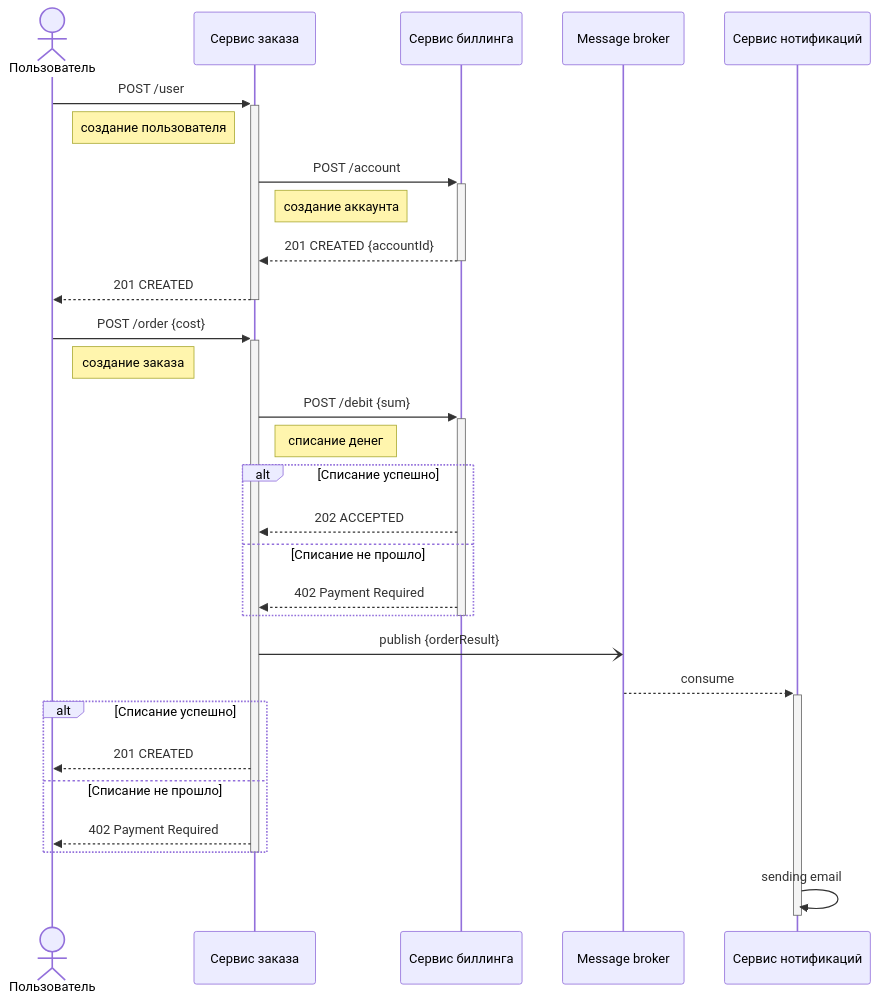
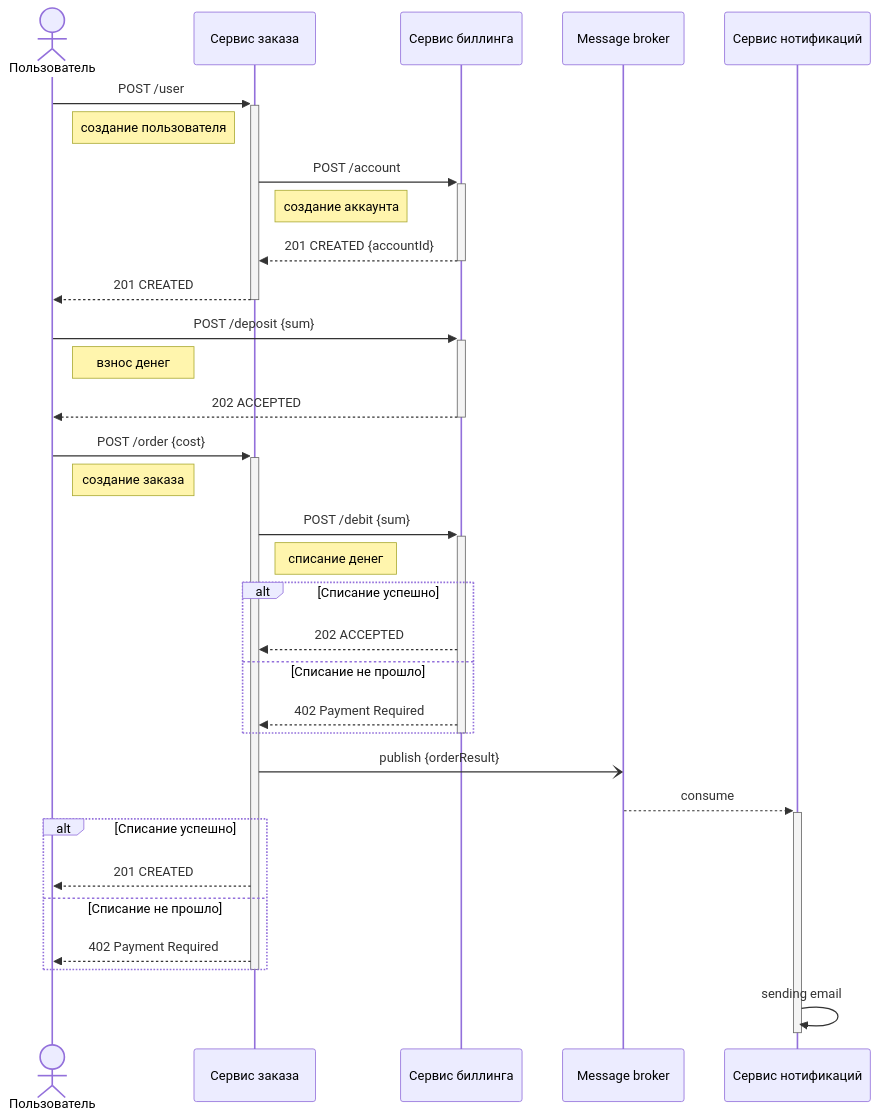
One commit to kochnevd/course-microservices changed the diagram in homework7/api-spec/event-notifications/notif-sequence.md. Above: the diagram before and after it, drawn with Mermaid. The commit also changed 5 other files, not shown here.

Commit message:
HW#7 Sequence diagrams - added Deposit function

````diff
--- a/homework7/api-spec/event-notifications/notif-sequence.md
+++ b/homework7/api-spec/event-notifications/notif-sequence.md
@@ -1,42 +1,46 @@
 ```mermaid
 sequenceDiagram
 
 actor User as Пользователь
 participant OrderService as Сервис заказа
 participant BillingService as Сервис биллинга
 participant Message broker
 participant NotificationService as Сервис нотификаций
 
 User->>+OrderService: POST /user
     Note right of User: создание пользователя
     
     OrderService->>+BillingService: POST /account
         Note right of OrderService: создание аккаунта
     BillingService-->>-OrderService: 201 CREATED {accountId}
 OrderService-->>-User: 201 CREATED
+
+User->>+BillingService: POST /deposit {sum}
+    Note right of User: взнос денег
+BillingService-->>-User: 202 ACCEPTED
 
 User->>+OrderService: POST /order {cost}
     Note right of User: создание заказа
 
     OrderService->>+BillingService: POST /debit {sum}
         Note right of OrderService: списание денег
     alt Списание успешно
         BillingService-->>OrderService: 202 ACCEPTED
     else Списание не прошло
         BillingService-->>OrderService: 402 Payment Required
     end
     deactivate BillingService
 
     OrderService-)Message broker: publish {orderResult}
 
     Message broker-->>+NotificationService: consume
 
 alt Списание успешно
     OrderService-->>User: 201 CREATED
 else Списание не прошло
     OrderService-->>User: 402 Payment Required
 end
 deactivate OrderService
 
     NotificationService->>-NotificationService: sending email
 ```
````
